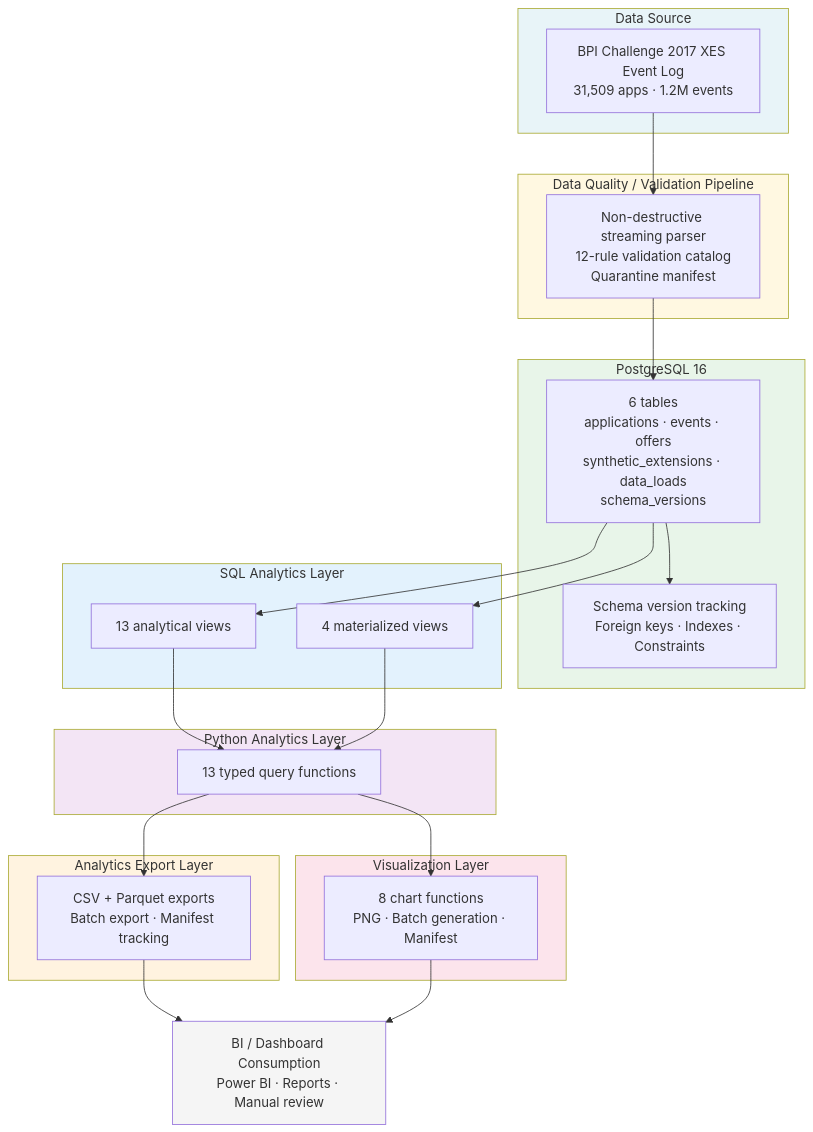
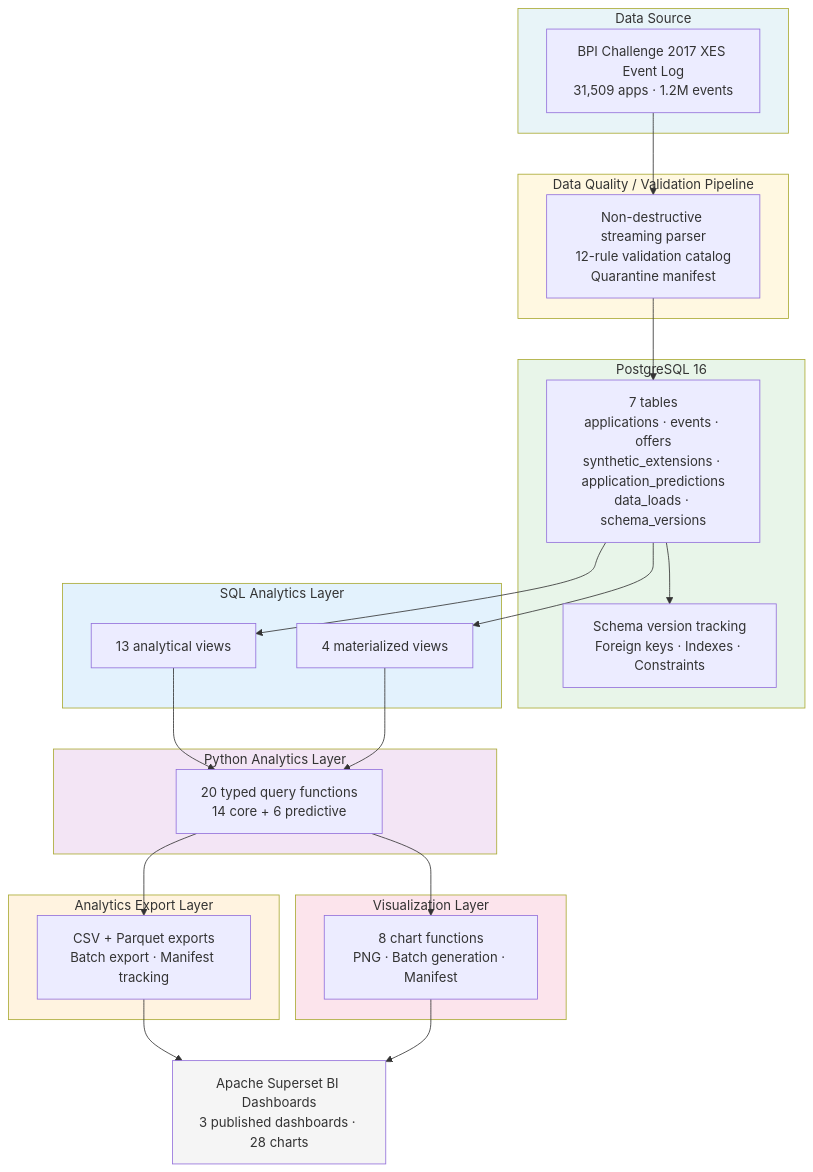
One commit to Stunner732/document-intelligence-analytics changed the diagram in docs/architecture.md. Above: the diagram before and after it, drawn with Mermaid. The commit also changed other lines of this file and 5 other files, not shown here.

````diff
--- a/docs/architecture.md
+++ b/docs/architecture.md
@@ -20,55 +20,55 @@
 ```mermaid
 flowchart TB
     subgraph DATA_SOURCE["Data Source"]
         XES["BPI Challenge 2017 XES Event Log<br/>31,509 apps · 1.2M events"]
     end
 
     subgraph DATA_QUALITY["Data Quality / Validation Pipeline"]
         DQP["Non-destructive streaming parser<br/>12-rule validation catalog<br/>Quarantine manifest"]
     end
 
     subgraph DATABASE["PostgreSQL 16"]
-        DB["6 tables<br/>applications · events · offers<br/>synthetic_extensions · data_loads<br/>schema_versions"]
+        DB["7 tables<br/>applications · events · offers<br/>synthetic_extensions · application_predictions<br/>data_loads · schema_versions"]
         SCHEMA["Schema version tracking<br/>Foreign keys · Indexes · Constraints"]
     end
 
     subgraph SQL_ANALYTICS["SQL Analytics Layer"]
         VIEWS["13 analytical views"]
         MATVIEWS["4 materialized views"]
     end
 
     subgraph PYTHON_ANALYTICS["Python Analytics Layer"]
-        QUERIES["13 typed query functions"]
+        QUERIES["20 typed query functions<br/>14 core + 6 predictive"]
     end
 
     subgraph EXPORT["Analytics Export Layer"]
         CSV_PARQUET["CSV + Parquet exports<br/>Batch export · Manifest tracking"]
     end
 
     subgraph VISUALIZATION["Visualization Layer"]
         CHARTS["8 chart functions<br/>PNG · Batch generation · Manifest"]
     end
 
-    BI_DASHBOARD["BI / Dashboard Consumption<br/>Power BI · Reports · Manual review"]
+    BI_DASHBOARD["Apache Superset BI Dashboards<br/>3 published dashboards · 28 charts"]
 
     XES --> DQP
     DQP --> DB
     DB --> SCHEMA
     DB --> VIEWS
     DB --> MATVIEWS
     VIEWS --> QUERIES
     MATVIEWS --> QUERIES
     QUERIES --> CSV_PARQUET
     QUERIES --> CHARTS
     CSV_PARQUET --> BI_DASHBOARD
     CHARTS --> BI_DASHBOARD
 
     style DATA_SOURCE fill:#e8f4f8
     style DATA_QUALITY fill:#fff8e1
     style DATABASE fill:#e8f5e9
     style SQL_ANALYTICS fill:#e3f2fd
     style PYTHON_ANALYTICS fill:#f3e5f5
     style EXPORT fill:#fff3e0
     style VISUALIZATION fill:#fce4ec
     style BI_DASHBOARD fill:#f5f5f5
 ```
````
